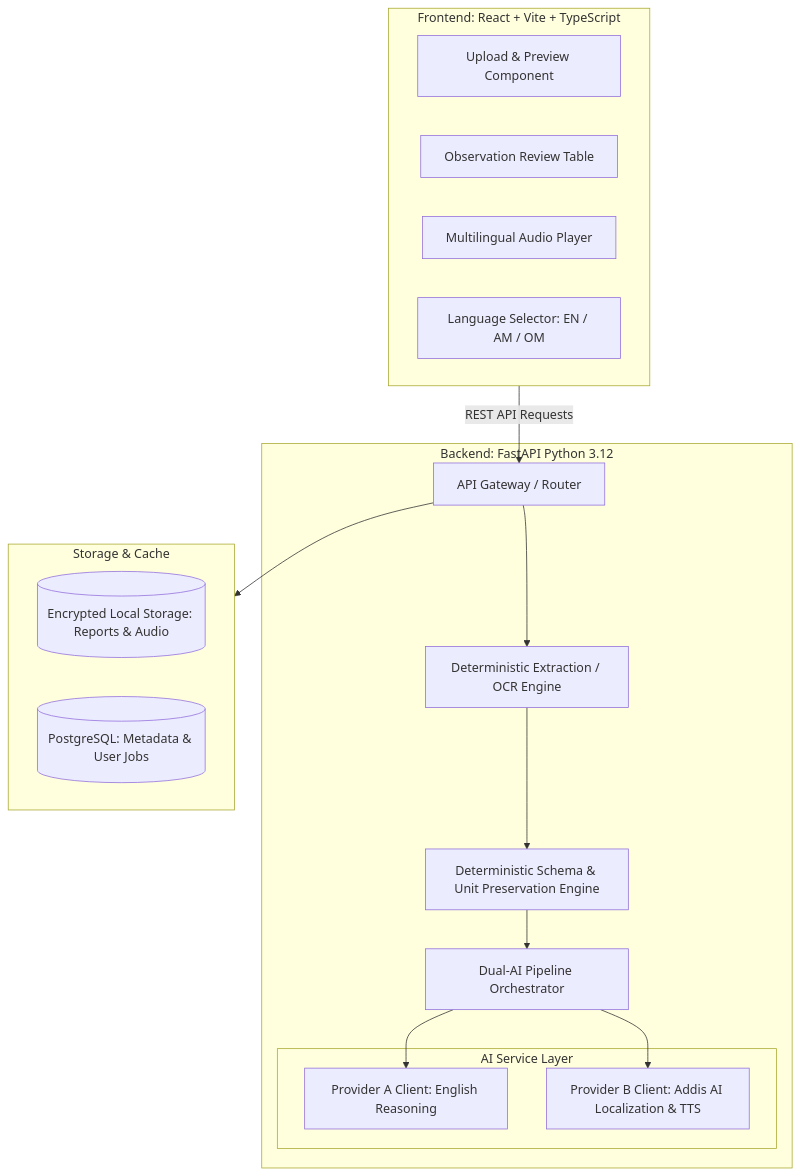
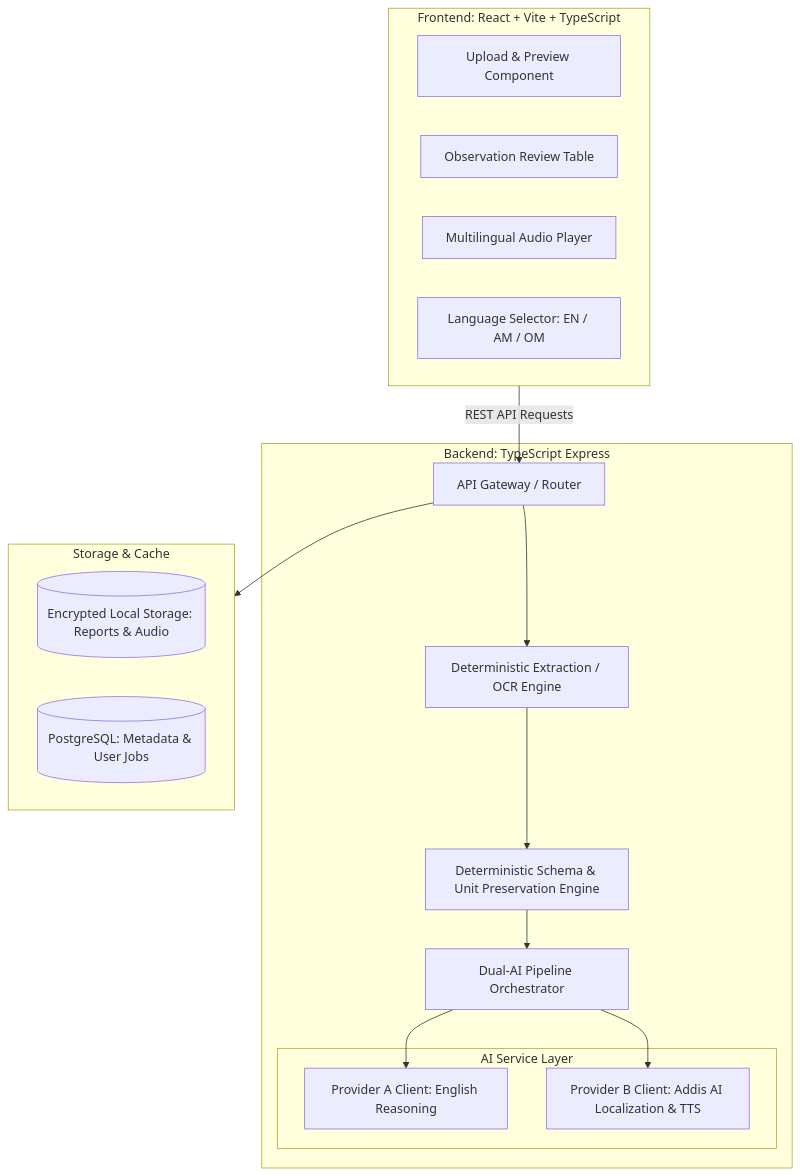
One commit to Eliphaz21/Lisan_Health changed the second of 3 diagrams in docs/architecture.md. Above: the diagram before and after it, drawn with Mermaid. The commit also changed other lines of this file and 41 other files, not shown here.

Commit message:
refactor(repo): remove legacy Python backend

````diff
--- a/docs/architecture.md
+++ b/docs/architecture.md
@@ -29,34 +29,34 @@
 ```mermaid
 graph TD
     subgraph ClientBrowser [Frontend: React + Vite + TypeScript]
         UploadComponent[Upload & Preview Component]
         ReviewComponent[Observation Review Table]
         AudioPlayer[Multilingual Audio Player]
         LangSelector[Language Selector: EN / AM / OM]
     end
 
-    subgraph BackendAPI [Backend: FastAPI Python 3.12]
+    subgraph BackendAPI [Backend: TypeScript Express]
         Router[API Gateway / Router]
         ExtractorService[Deterministic Extraction / OCR Engine]
         ValidationLayer[Deterministic Schema & Unit Preservation Engine]
         PipelineOrchestrator[Dual-AI Pipeline Orchestrator]
         
         subgraph AIServices [AI Service Layer]
             ReasoningClient[Provider A Client: English Reasoning]
             AddisAiClient[Provider B Client: Addis AI Localization & TTS]
         end
     end
 
     subgraph DataStorage [Storage & Cache]
         TempStorage[(Encrypted Local Storage: Reports & Audio)]
         Database[(PostgreSQL: Metadata & User Jobs)]
     end
 
     ClientBrowser -->|REST API Requests| Router
     Router --> ExtractorService
     ExtractorService --> ValidationLayer
     ValidationLayer --> PipelineOrchestrator
     PipelineOrchestrator --> ReasoningClient
     PipelineOrchestrator --> AddisAiClient
     Router --> DataStorage
 ```
````
